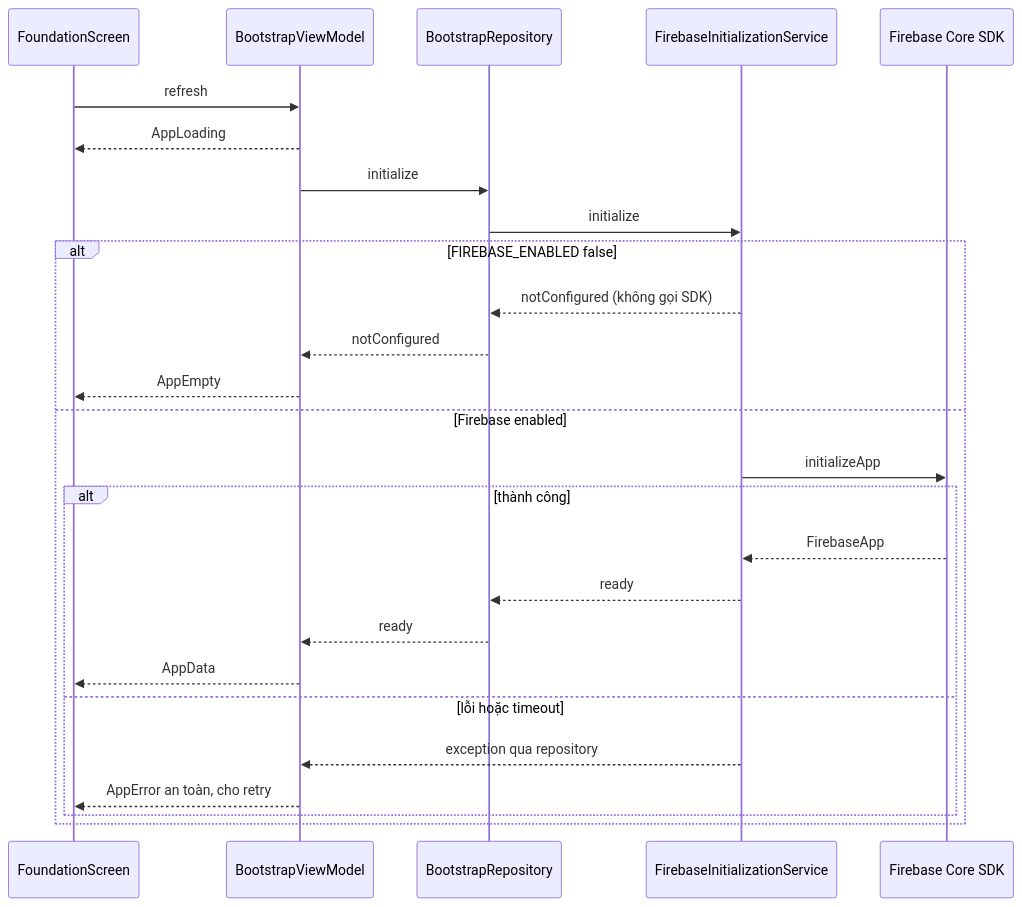
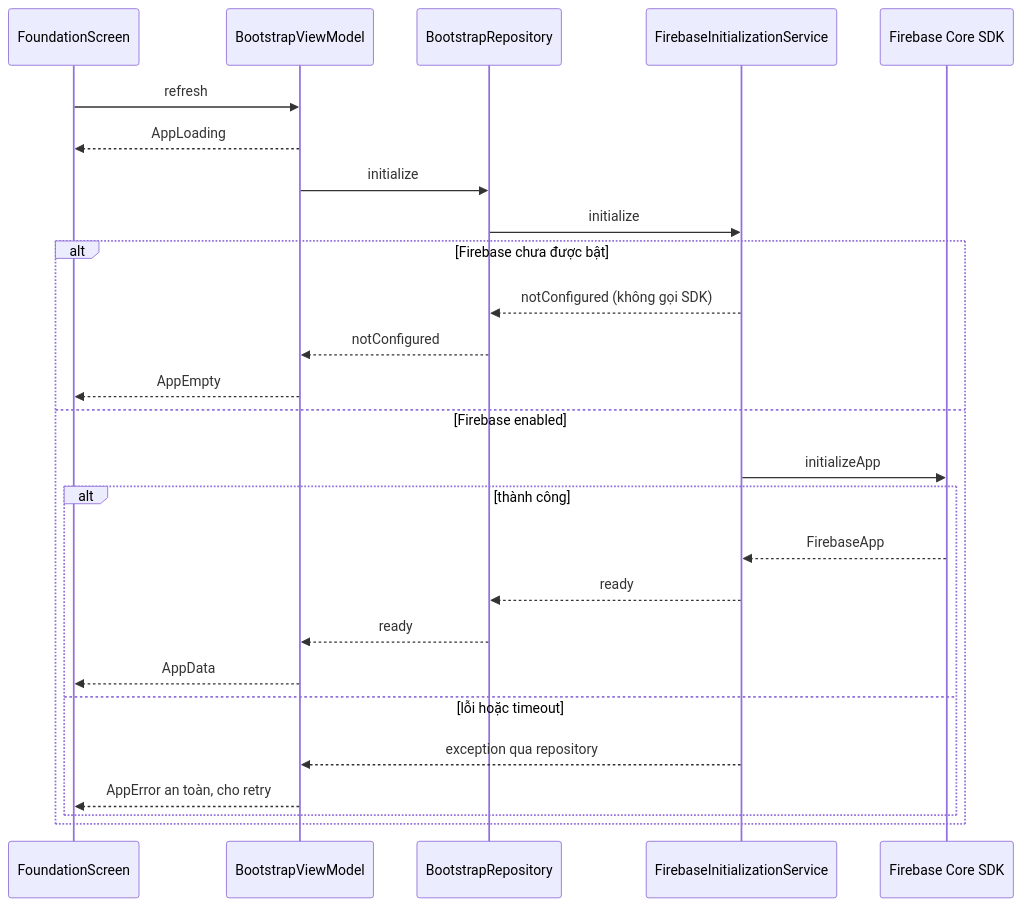
Before and after one commit to dong-nnp/prm323-lab3-camply: the first of 2 diagrams in docs/architecture.md, drawn with Mermaid. The commit also changed other lines of this file and 11 other files, not shown here.

````diff
--- a/docs/architecture.md
+++ b/docs/architecture.md
@@ -206,28 +206,28 @@
 ```mermaid
 sequenceDiagram
     participant V as FoundationScreen
     participant VM as BootstrapViewModel
     participant R as BootstrapRepository
     participant S as FirebaseInitializationService
     participant F as Firebase Core SDK
     V->>VM: refresh
     VM-->>V: AppLoading
     VM->>R: initialize
     R->>S: initialize
-    alt FIREBASE_ENABLED false
+    alt Firebase chưa được bật
         S-->>R: notConfigured (không gọi SDK)
         R-->>VM: notConfigured
         VM-->>V: AppEmpty
     else Firebase enabled
         S->>F: initializeApp
         alt thành công
             F-->>S: FirebaseApp
             S-->>R: ready
             R-->>VM: ready
             VM-->>V: AppData
         else lỗi hoặc timeout
             S-->>VM: exception qua repository
             VM-->>V: AppError an toàn, cho retry
         end
     end
 ```
````
